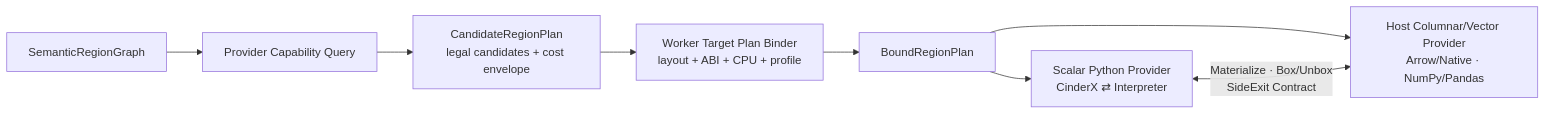
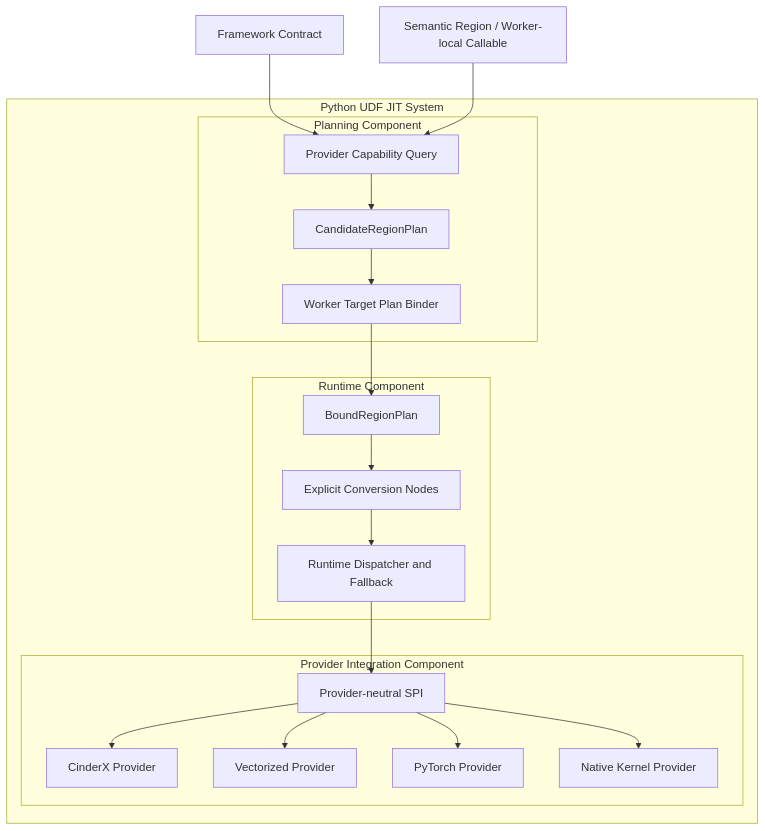
One commit to 213start/python-udf-jit changed the first of 2 diagrams in docs/rfcs/RFC-009-mixed-execution-providers.md. Above: the diagram before and after it, drawn with Mermaid. The commit also changed other lines of this file and 2 other files, not shown here.

First line of the commit message:
docs(rfc): align provider contracts with ownership model

````diff
--- a/docs/rfcs/RFC-009-mixed-execution-providers.md
+++ b/docs/rfcs/RFC-009-mixed-execution-providers.md
@@ -80,10 +85,36 @@
 ```mermaid
-flowchart LR
-    CORE["SemanticRegionGraph"] --> CAND["Provider Capability Query"]
-    CAND --> PLAN["CandidateRegionPlan<br/>legal candidates + cost envelope"]
-    PLAN --> BIND["Worker Target Plan Binder<br/>layout + ABI + CPU + profile"]
-    BIND --> BOUND["BoundRegionPlan"]
-    BOUND --> S["Scalar Python Provider<br/>CinderX ⇄ Interpreter"]
-    BOUND --> H["Host Columnar/Vector Provider<br/>Arrow/Native · NumPy/Pandas"]
-    S <-->|"Materialize · Box/Unbox<br/>SideExit Contract"| H
+graph TB
+    FRAMEWORK["Framework Contract"]
+    SEMANTIC["Semantic Region / Worker-local Callable"]
+
+    subgraph UDFJIT["Python UDF JIT System"]
+        subgraph PLANNING["Planning Component"]
+            CAND["Provider Capability Query"]
+            PLAN["CandidateRegionPlan"]
+            BIND["Worker Target Plan Binder"]
+            CAND --> PLAN --> BIND
+        end
+        subgraph RUNTIME["Runtime Component"]
+            BOUND["BoundRegionPlan"]
+            CONVERT["Explicit Conversion Nodes"]
+            DISPATCH["Runtime Dispatcher and Fallback"]
+            BOUND --> CONVERT --> DISPATCH
+        end
+        subgraph PROVIDERS["Provider Integration Component"]
+            SPI["Provider-neutral SPI"]
+            CINDER["CinderX Provider"]
+            VECTOR["Vectorized Provider"]
+            TORCH["PyTorch Provider"]
+            NATIVE["Native Kernel Provider"]
+            SPI --> CINDER
+            SPI --> VECTOR
+            SPI --> TORCH
+            SPI --> NATIVE
+        end
+        BIND --> BOUND
+        DISPATCH --> SPI
+    end
+
+    FRAMEWORK --> CAND
+    SEMANTIC --> CAND
 ```
````
